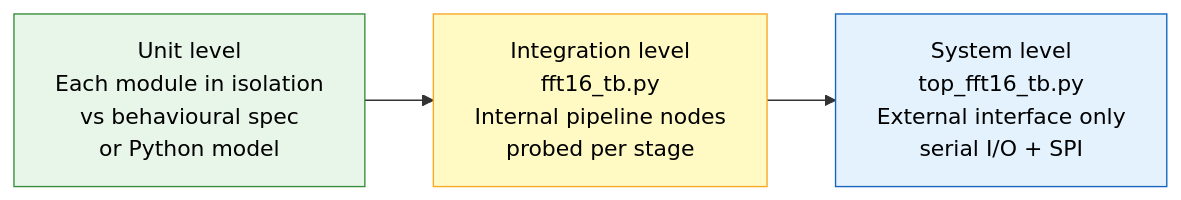
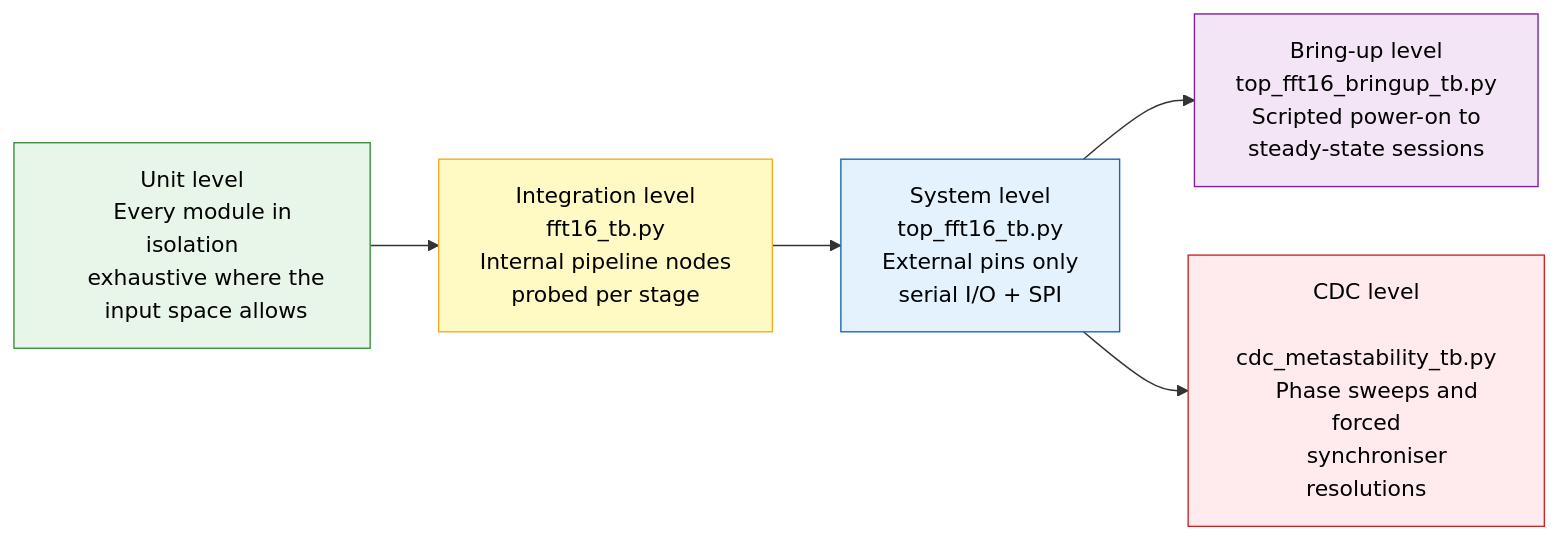
Before and after one commit to Fundacion-Fulgor/fft32_parallel: the fourth of 5 diagrams in README.md, drawn with Mermaid. The commit also changed other lines of this file and 64 other files, not shown here.

````diff
--- a/README.md
+++ b/README.md
@@ -314,21 +326,32 @@
 ```mermaid
 flowchart LR
     U["Unit level
-    Each module in isolation
-    vs behavioural spec
-    or Python model"]:::green
+    Every module in isolation
+    exhaustive where the
+    input space allows"]:::green
     I["Integration level
     fft16_tb.py
     Internal pipeline nodes
     probed per stage"]:::yellow
     S["System level
     top_fft16_tb.py
-    External interface only
+    External pins only
     serial I/O + SPI"]:::blue
+    B["Bring-up level
+    top_fft16_bringup_tb.py
+    Scripted power-on to
+    steady-state sessions"]:::purple
+    C["CDC level
+    cdc_metastability_tb.py
+    Phase sweeps and forced
+    synchroniser resolutions"]:::red
 
-    U --> I --> S
+    U --> I --> S --> B
+    S --> C
 
     classDef green  fill:#e8f5e9,stroke:#388e3c,color:#000
     classDef yellow fill:#fff9c4,stroke:#f9a825,color:#000
     classDef blue   fill:#e3f2fd,stroke:#1565c0,color:#000
+    classDef purple fill:#f3e5f5,stroke:#7b1fa2,color:#000
+    classDef red    fill:#ffebee,stroke:#c62828,color:#000
 ```
````
